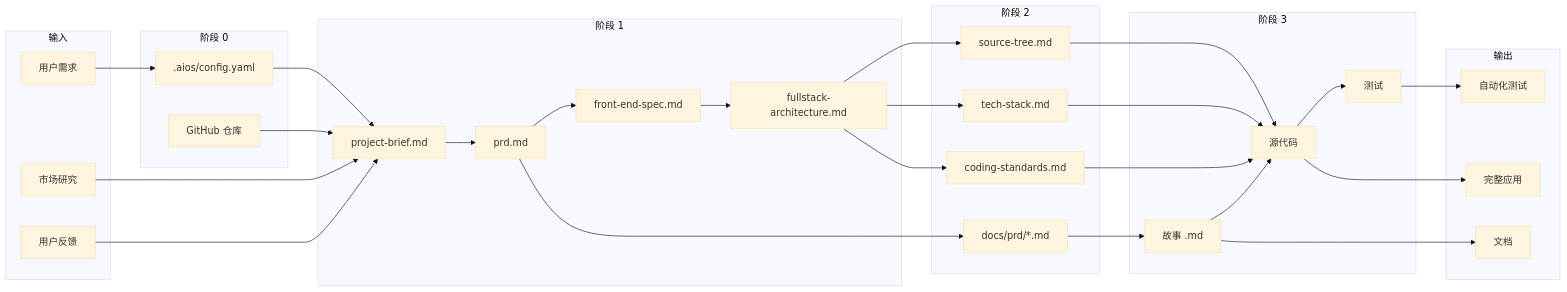
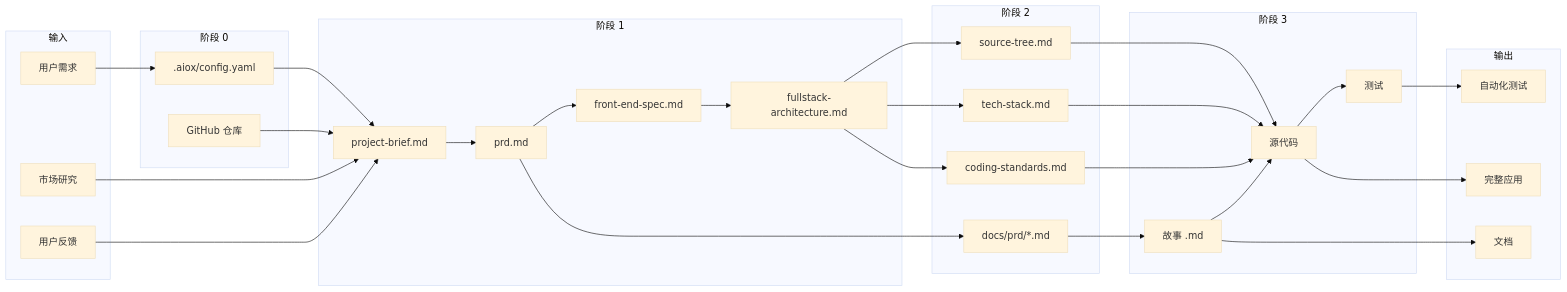
Before and after one commit to henriquetj159/henriquetj: the eighth of 9 diagrams in docs/zh/aiox-workflows/greenfield-fullstack-workflow.md, drawn with Mermaid (base theme). The commit also changed other lines of this file and 2056 other files, not shown here.

First line of the commit message:
chore: update aios→aiox references in file contents

````diff
--- a/docs/zh/aiox-workflows/greenfield-fullstack-workflow.md
+++ b/docs/zh/aiox-workflows/greenfield-fullstack-workflow.md
@@ -570,65 +570,65 @@
 ```mermaid
 flowchart LR
     subgraph 输入
         I1[用户需求]
         I2[市场研究]
         I3[用户反馈]
     end
 
     subgraph 阶段0["阶段 0"]
-        E1[.aios/config.yaml]
+        E1[.aiox/config.yaml]
         E2[GitHub 仓库]
     end
 
     subgraph 阶段1["阶段 1"]
         P1[project-brief.md]
         P2[prd.md]
         P3[front-end-spec.md]
         P4[fullstack-architecture.md]
     end
 
     subgraph 阶段2["阶段 2"]
         S1[docs/prd/*.md]
         S2[source-tree.md]
         S3[tech-stack.md]
         S4[coding-standards.md]
     end
 
     subgraph 阶段3["阶段 3"]
         D1[故事 .md]
         D2[源代码]
         D3[测试]
     end
 
     subgraph 输出
         O1[完整应用]
         O2[文档]
         O3[自动化测试]
     end
 
     I1 --> E1
     I2 --> P1
     I3 --> P1
 
     E1 --> P1
     E2 --> P1
     P1 --> P2
     P2 --> P3
     P3 --> P4
 
     P2 --> S1
     P4 --> S2
     P4 --> S3
     P4 --> S4
 
     S1 --> D1
     S2 --> D2
     S3 --> D2
     S4 --> D2
     D1 --> D2
     D2 --> D3
 
     D2 --> O1
     D1 --> O2
     D3 --> O3
 ```
````
